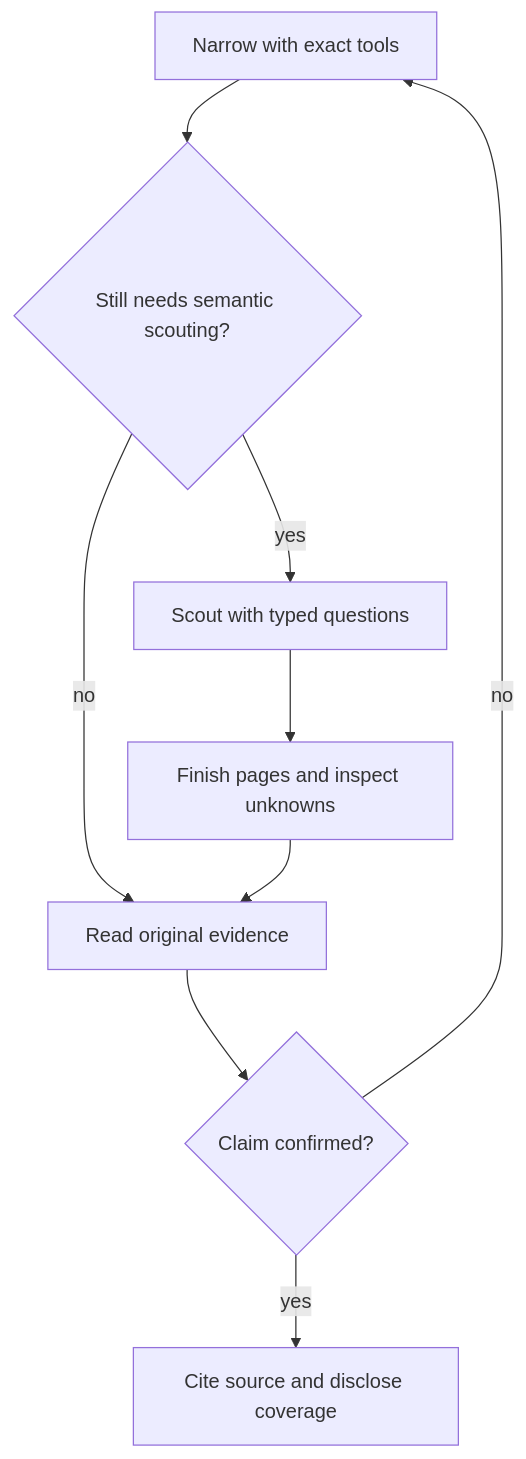
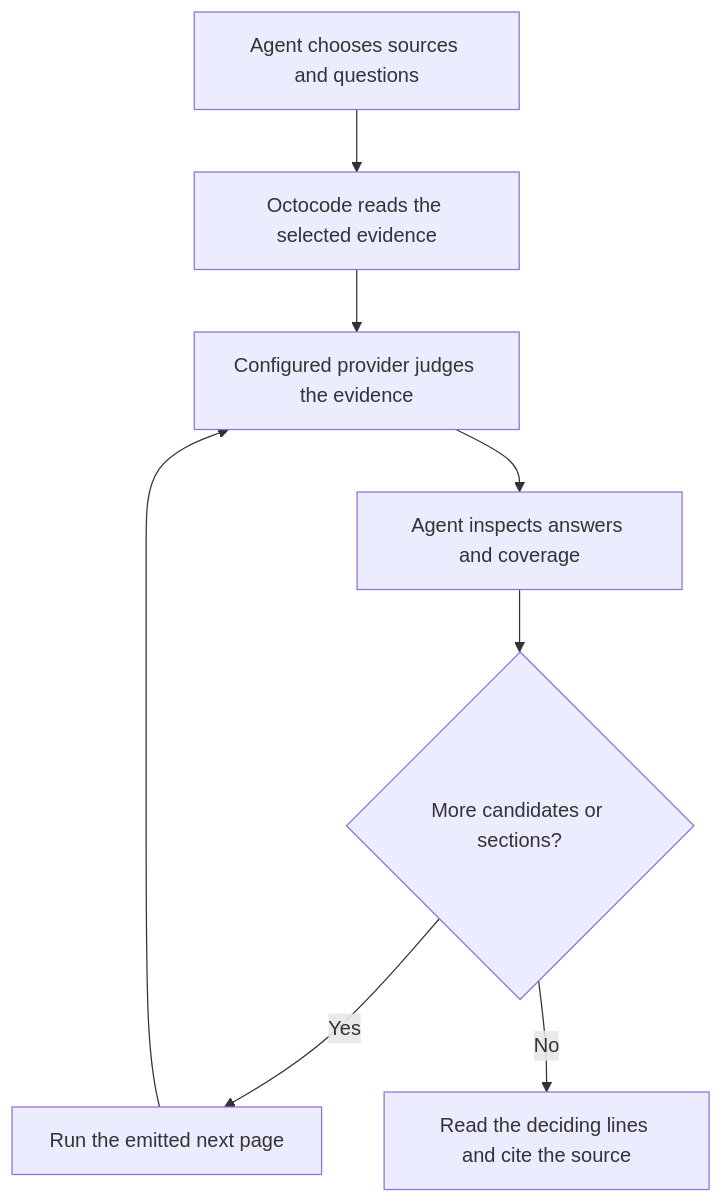
One commit to bgauryy/octocode changed the diagram in docs/OCTOCODE_CLASIFY.md. Above: the diagram before and after it, drawn with Mermaid. The commit also changed other lines of this file and 818 other files, not shown here.

````diff
--- a/docs/OCTOCODE_CLASIFY.md
+++ b/docs/OCTOCODE_CLASIFY.md
@@ -45,13 +39,11 @@
 ```mermaid
 flowchart TD
-    accTitle: The research loop with Jev
-    accDescr: Narrow with exact tools. Read directly when evidence is small; otherwise scout by meaning. Finish pending pages and inspect uncertainty, then read candidates and confirm the claim. Failed verification returns to narrowing.
-    F["Narrow with exact tools"] --> G{"Still needs semantic scouting?"}
-    G -- "no" --> R["Read original evidence"]
-    G -- "yes" --> J["Scout with typed questions"]
-    J --> P["Finish pages and inspect unknowns"]
-    P --> R
-    R --> V{"Claim confirmed?"}
-    V -- "yes" --> C["Cite source and disclose coverage"]
-    V -- "no" --> F
+    accTitle: From a research question to source evidence
+    accDescr: The agent selects a source. Octocode reads it under the applicable access rules and sends selected evidence and questions to the configured provider. The agent checks coverage, follows remaining pages, and reads the original lines.
+    A["Agent chooses sources and questions"] --> O["Octocode reads the selected evidence"]
+    O --> J["Configured provider judges the evidence"]
+    J --> R["Agent inspects answers and coverage"]
+    R --> P{"More candidates or sections?"}
+    P -->|Yes| N["Run the emitted next page"] --> J
+    P -->|No| V["Read the deciding lines and cite the source"]
 ```
````
